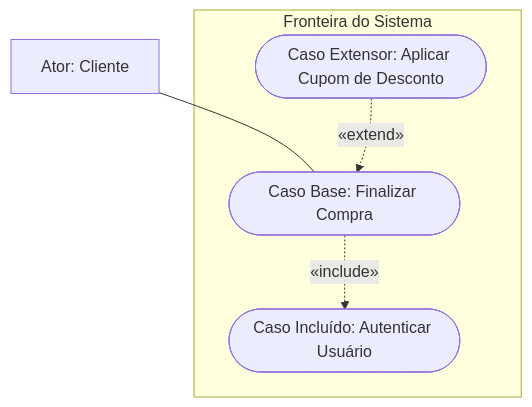
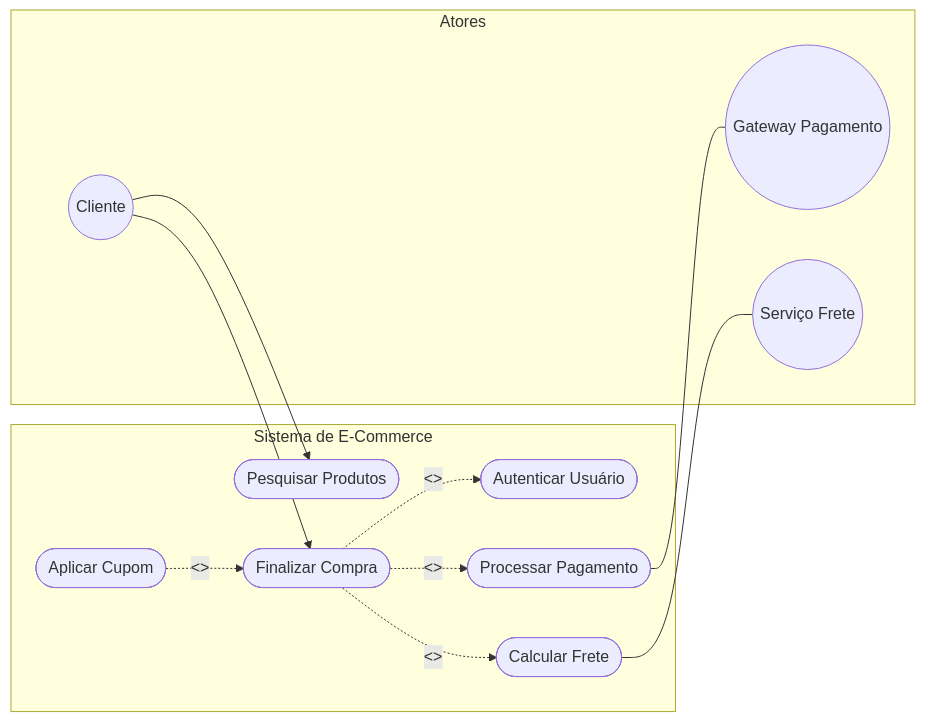
One commit to murilolol/unifef changed diagram 14 of 32 in 4º Semestre/[Prof. Wesley Soares] Engenharia de Software II/Resumos-IA/Simulados-Comentados.md. Above: the diagram before and after it, drawn with Mermaid. The commit also changed other lines of this file and 18 other files, not shown here.

````diff
--- a/4º Semestre/[Prof. Wesley Soares] Engenharia de Software II/Resumos-IA/Simulados-Comentados.md
+++ b/4º Semestre/[Prof. Wesley Soares] Engenharia de Software II/Resumos-IA/Simulados-Comentados.md
@@ -582,12 +657,29 @@
 ```mermaid
-flowchart TD
-    subgraph FronteiraExemplo["Fronteira do Sistema"]
-        Base(["Caso Base: Finalizar Compra"])
-        Inc(["Caso Incluído: Autenticar Usuário"])
-        Ext(["Caso Extensor: Aplicar Cupom de Desconto"])
-    end
+flowchart LR
+ subgraph AtoresExternos["Atores"]
+ Cliente((Cliente))
+ Gateway((Gateway Pagamento))
+ Correios((Serviço Frete))
+ end
 
-    Cliente["Ator: Cliente"] --- Base
-    Base -.->|"«include»"| Inc
-    Ext -.->|"«extend»"| Base
+ subgraph FronteiraEcommerce["Sistema de E-Commerce"]
+ UC_Buscar(["Pesquisar Produtos"])
+ UC_Checkout(["Finalizar Compra"])
+ UC_Cupom(["Aplicar Cupom"])
+ UC_Login(["Autenticar Usuário"])
+ UC_Frete(["Calcular Frete"])
+ UC_Pagar(["Processar Pagamento"])
+ end
+
+ Cliente --> UC_Buscar
+ Cliente --> UC_Checkout
+
+ UC_Checkout -.->|<<include>>| UC_Login
+ UC_Checkout -.->|<<include>>| UC_Frete
+ UC_Checkout -.->|<<include>>| UC_Pagar
+
+ UC_Cupom -.->|<<extend>>| UC_Checkout
+
+ UC_Frete --- Correios
+ UC_Pagar --- Gateway
 ```
````
